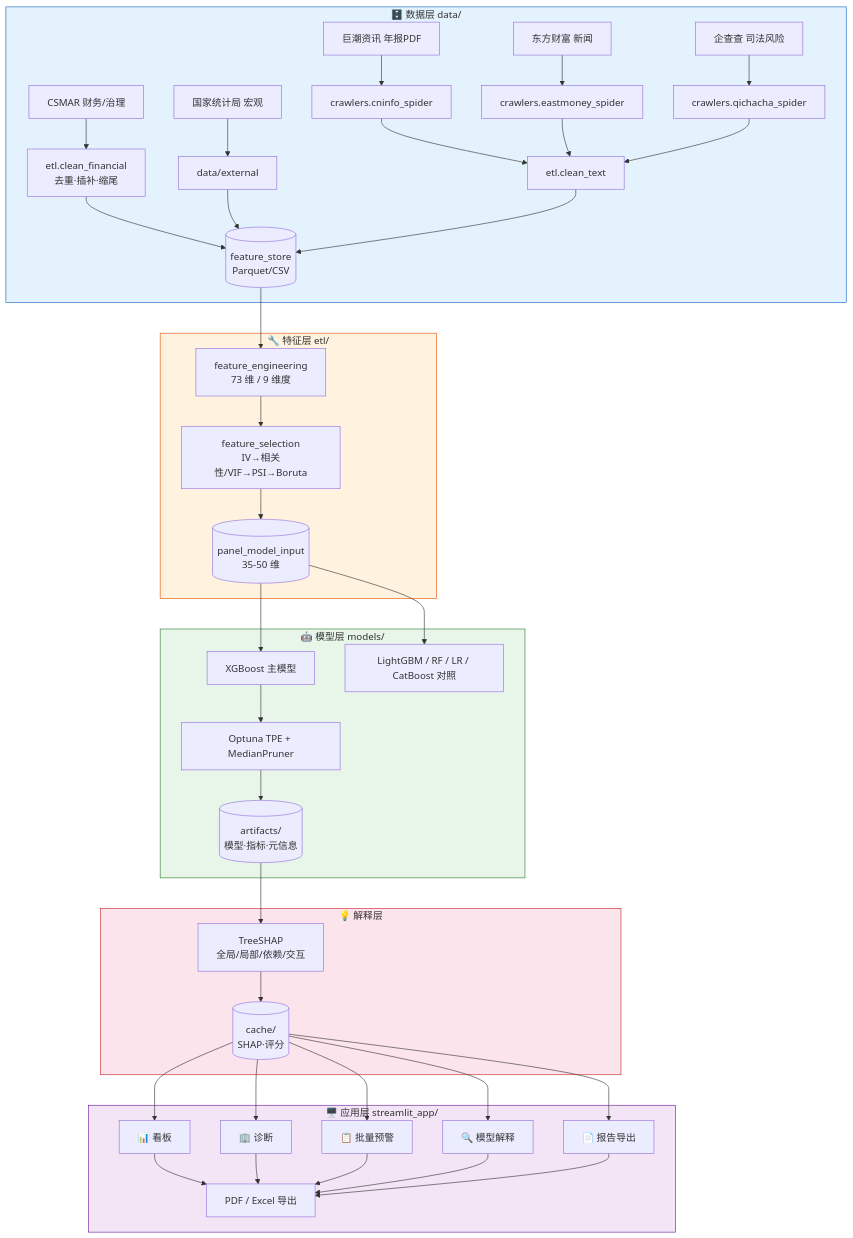
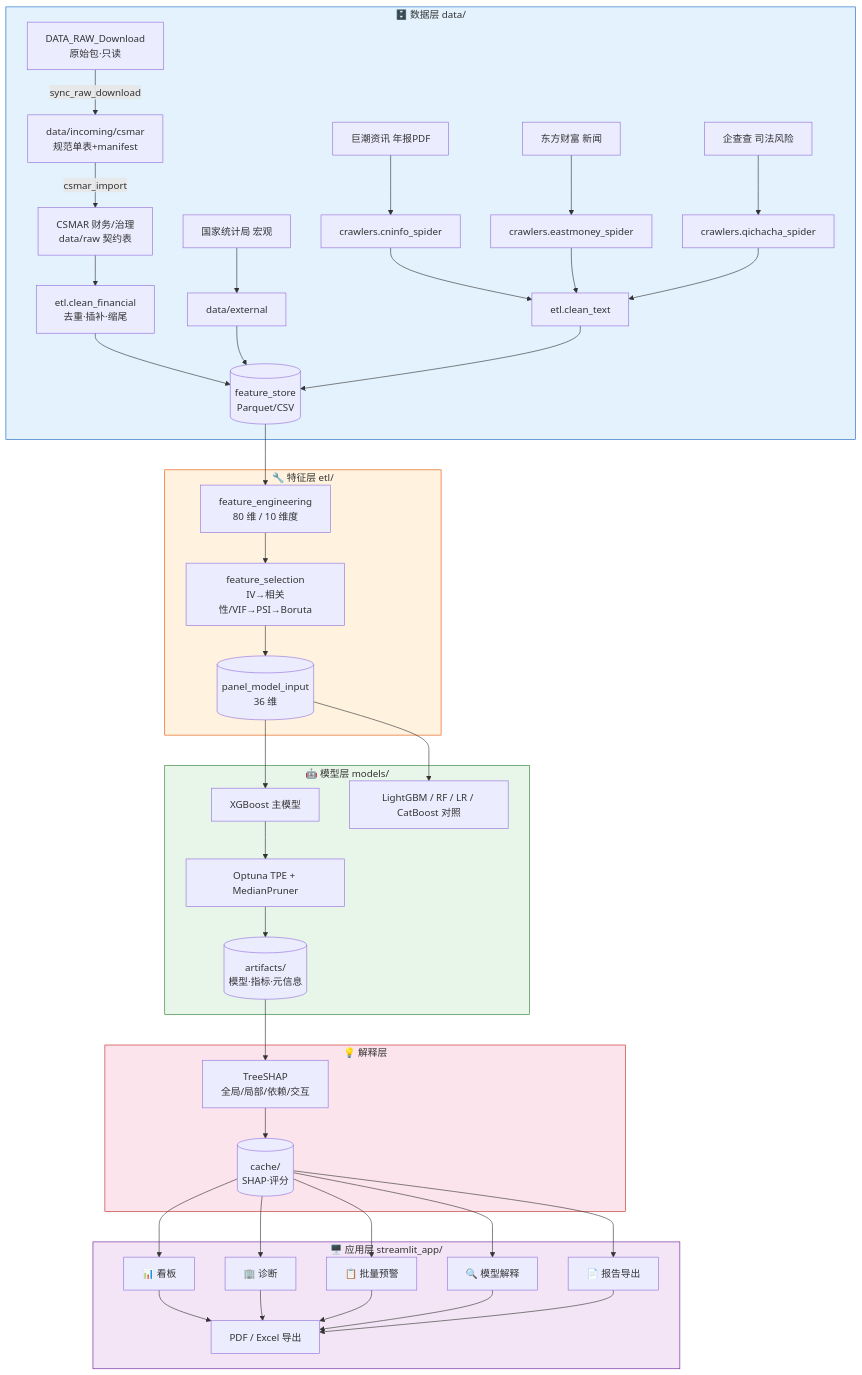
Before and after one commit to yohoten/financial-risk-warning-platform: the first of 2 diagrams in README.md, drawn with Mermaid. The commit also changed other lines of this file, not shown here.

````diff
--- a/README.md
+++ b/README.md
@@ -114,45 +151,47 @@
 ```mermaid
 graph TB
     subgraph L1["🗄️ 数据层 data/"]
-        A1[CSMAR 财务/治理] --> C1[etl.clean_financial<br/>去重·插补·缩尾]
+        A0[DATA_RAW_Download<br/>原始包·只读] -->|sync_raw_download| A0S[data/incoming/csmar<br/>规范单表+manifest]
+        A0S -->|csmar_import| A1[CSMAR 财务/治理<br/>data/raw 契约表]
+        A1 --> C1[etl.clean_financial<br/>去重·插补·缩尾]
         A2[巨潮资讯 年报PDF] --> S1[crawlers.cninfo_spider]
         A3[东方财富 新闻] --> S2[crawlers.eastmoney_spider]
         A4[企查查 司法风险] --> S3[crawlers.qichacha_spider]
         A5[国家统计局 宏观] --> C2[data/external]
         S1 & S2 & S3 --> C3[etl.clean_text]
         C1 & C2 & C3 --> FS[(feature_store<br/>Parquet/CSV)]
     end
 
     subgraph L2["🔧 特征层 etl/"]
-        FS --> F1[feature_engineering<br/>73 维 / 9 维度]
+        FS --> F1[feature_engineering<br/>80 维 / 10 维度]
         F1 --> F2[feature_selection<br/>IV→相关性/VIF→PSI→Boruta]
-        F2 --> F3[(panel_model_input<br/>35-50 维)]
+        F2 --> F3[(panel_model_input<br/>36 维)]
     end
 
     subgraph L3["🤖 模型层 models/"]
         F3 --> M1[XGBoost 主模型]
         F3 --> M2[LightGBM / RF / LR / CatBoost 对照]
         M1 --> M3[Optuna TPE + MedianPruner]
         M3 --> M4[(artifacts/<br/>模型·指标·元信息)]
     end
 
     subgraph L4["💡 解释层"]
         M4 --> E1[TreeSHAP<br/>全局/局部/依赖/交互]
         E1 --> E2[(cache/<br/>SHAP·评分)]
     end
 
     subgraph L5["🖥️ 应用层 streamlit_app/"]
         E2 --> U1[📊 看板]
         E2 --> U2[🏢 诊断]
         E2 --> U3[📋 批量预警]
         E2 --> U4[🔍 模型解释]
         E2 --> U5[📄 报告导出]
         U1 & U2 & U3 & U4 & U5 --> U6[PDF / Excel 导出]
     end
 
     style L1 fill:#e3f2fd,stroke:#1565c0
     style L2 fill:#fff3e0,stroke:#e65100
     style L3 fill:#e8f5e9,stroke:#2e7d32
     style L4 fill:#fce4ec,stroke:#c62828
     style L5 fill:#f3e5f5,stroke:#6a1b9a
 ```
````
